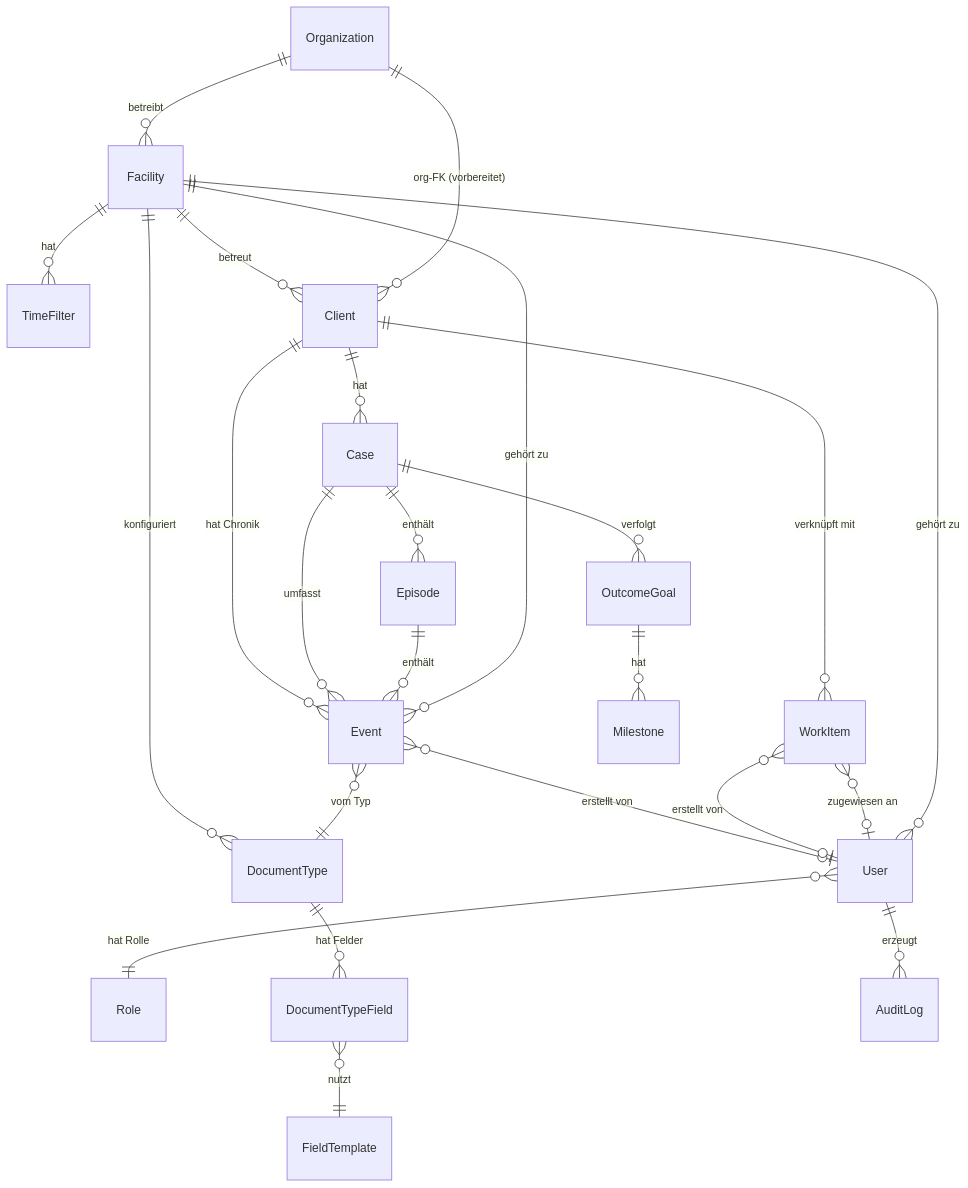
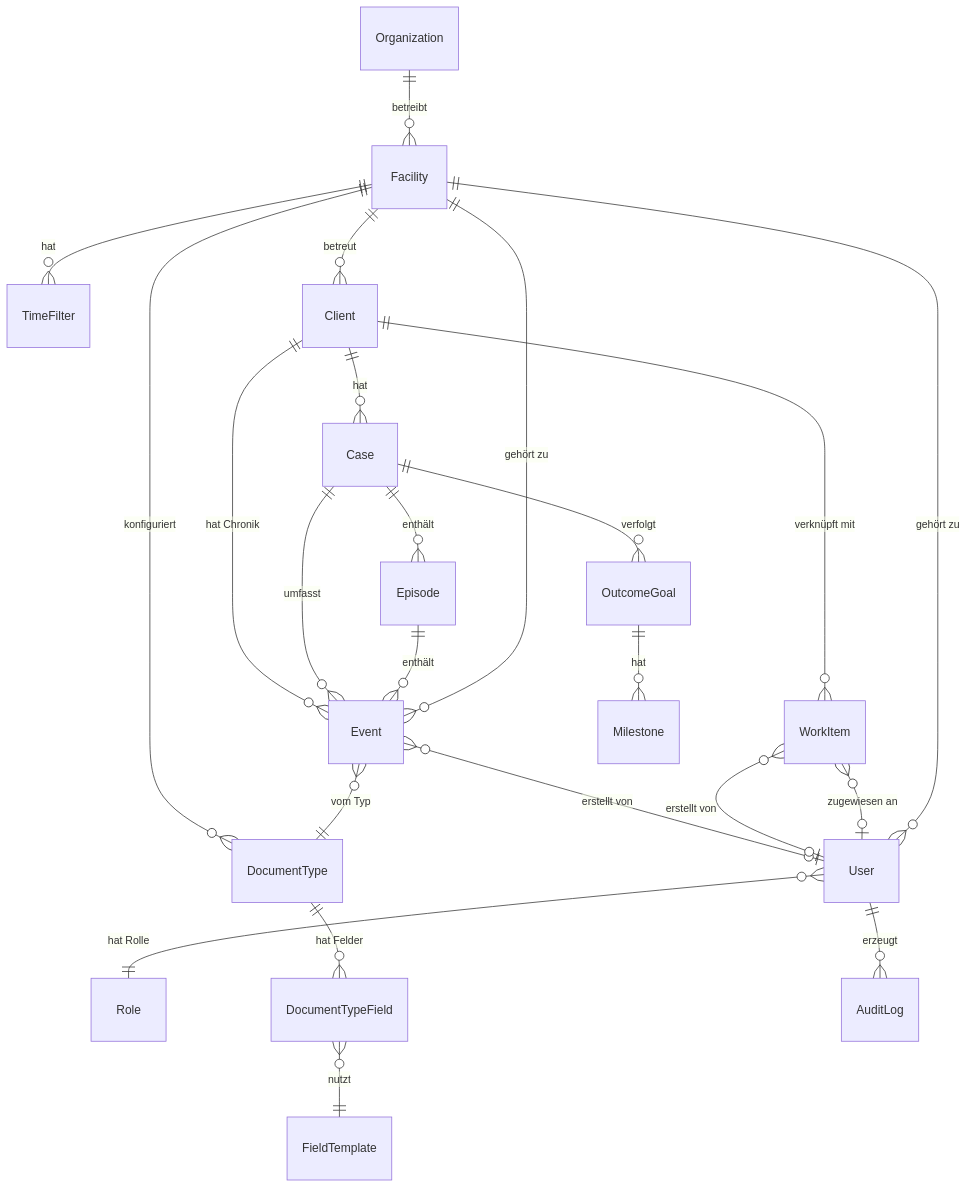
Before and after one commit to anlaufstelle/app: the diagram in docs/fachkonzept-anlaufstelle.md, drawn with Mermaid. The commit also changed other lines of this file and 2 other files, not shown here.

````diff
--- a/docs/fachkonzept-anlaufstelle.md
+++ b/docs/fachkonzept-anlaufstelle.md
@@ -674,35 +672,33 @@
 ```mermaid
 erDiagram
     Organization ||--o{ Facility : "betreibt"
     Facility ||--o{ TimeFilter : "hat"
     Facility ||--o{ DocumentType : "konfiguriert"
     Facility ||--o{ Client : "betreut"
-
-    Organization ||--o{ Client : "org-FK (vorbereitet)"
 
     User }o--|| Facility : "gehört zu"
     User }o--|| Role : "hat Rolle"
 
     Client ||--o{ Event : "hat Chronik"
     Client ||--o{ WorkItem : "verknüpft mit"
     Client ||--o{ Case : "hat"
 
     Event }o--|| DocumentType : "vom Typ"
     Event }o--o| User : "erstellt von"
     Event }o--|| Facility : "gehört zu"
 
     DocumentType ||--o{ DocumentTypeField : "hat Felder"
     DocumentTypeField }o--|| FieldTemplate : "nutzt"
 
     Case ||--o{ Episode : "enthält"
     Case ||--o{ Event : "umfasst"
     Episode ||--o{ Event : "enthält"
 
     Case ||--o{ OutcomeGoal : "verfolgt"
     OutcomeGoal ||--o{ Milestone : "hat"
 
     WorkItem }o--o| User : "erstellt von"
     WorkItem }o--o| User : "zugewiesen an"
 
     User ||--o{ AuditLog : "erzeugt"
 ```
````
